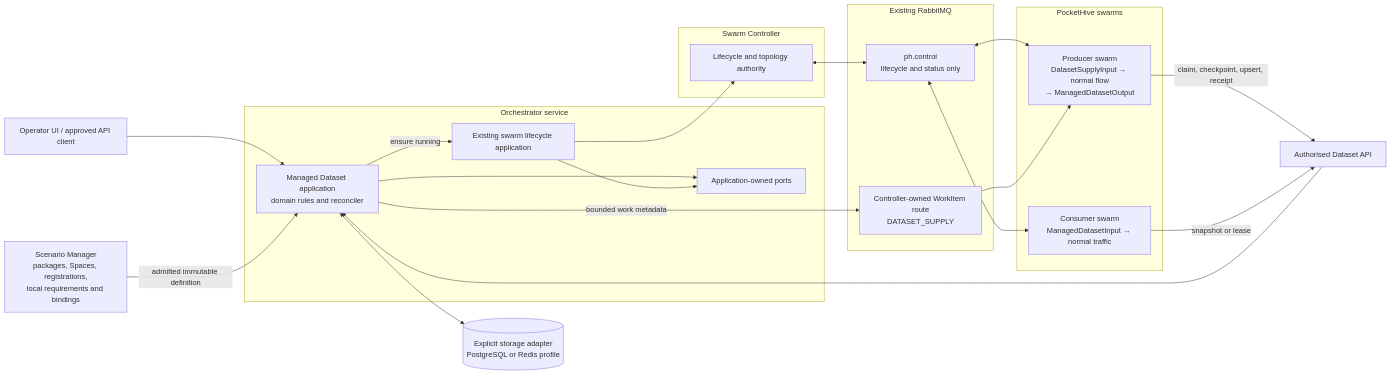
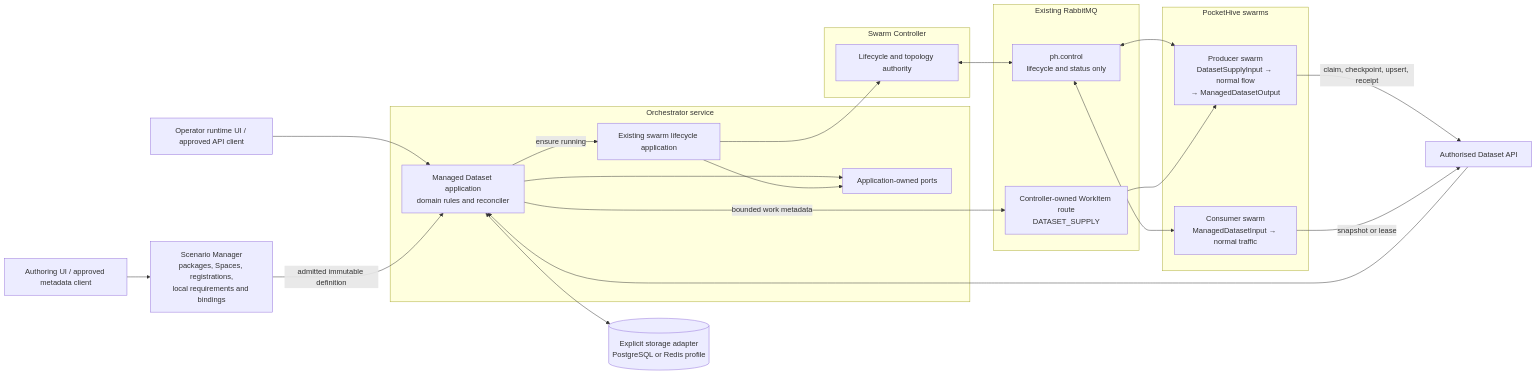
One commit to sepa79/PocketHive changed the first of 2 diagrams in docs/inProgress/managed-datasets-team-design-overview.md. Above: the diagram before and after it, drawn with Mermaid. The commit also changed other lines of this file and 35 other files, not shown here.

````diff
--- a/docs/inProgress/managed-datasets-team-design-overview.md
+++ b/docs/inProgress/managed-datasets-team-design-overview.md
@@ -75,44 +97,46 @@
 ```mermaid
 flowchart LR
-  UI[Operator UI / approved API client]
+  AUI[Authoring UI / approved metadata client]
+  OUI[Operator runtime UI / approved API client]
   SM[Scenario Manager<br/>packages, Spaces, registrations,<br/>local requirements and bindings]
 
   subgraph ORCH[Orchestrator service]
     DS[Managed Dataset application<br/>domain rules and reconciler]
     LC[Existing swarm lifecycle application]
     PORTS[Application-owned ports]
     DS --> PORTS
     LC --> PORTS
   end
 
   subgraph SC[Swarm Controller]
     LIFE[Lifecycle and topology authority]
   end
 
   subgraph RMQ[Existing RabbitMQ]
     CONTROL[ph.control<br/>lifecycle and status only]
     WORK[Controller-owned WorkItem route<br/>DATASET_SUPPLY]
   end
 
   subgraph SWARMS[PocketHive swarms]
     PRODUCER[Producer swarm<br/>DatasetSupplyInput → normal flow<br/>→ ManagedDatasetOutput]
     CONSUMER[Consumer swarm<br/>ManagedDatasetInput → normal traffic]
   end
 
   API[Authorised Dataset API]
   STORE[(Explicit storage adapter<br/>PostgreSQL or Redis profile)]
 
-  UI --> DS
+  AUI --> SM
+  OUI --> DS
   SM -->|admitted immutable definition| DS
   DS -->|ensure running| LC
   LC --> LIFE
   LIFE <--> CONTROL
   CONTROL <--> PRODUCER
   CONTROL <--> CONSUMER
   DS -->|bounded work metadata| WORK
   WORK --> PRODUCER
   PRODUCER -->|claim, checkpoint, upsert, receipt| API
   CONSUMER -->|snapshot or lease| API
   API --> DS
   DS <--> STORE
 ```
````
